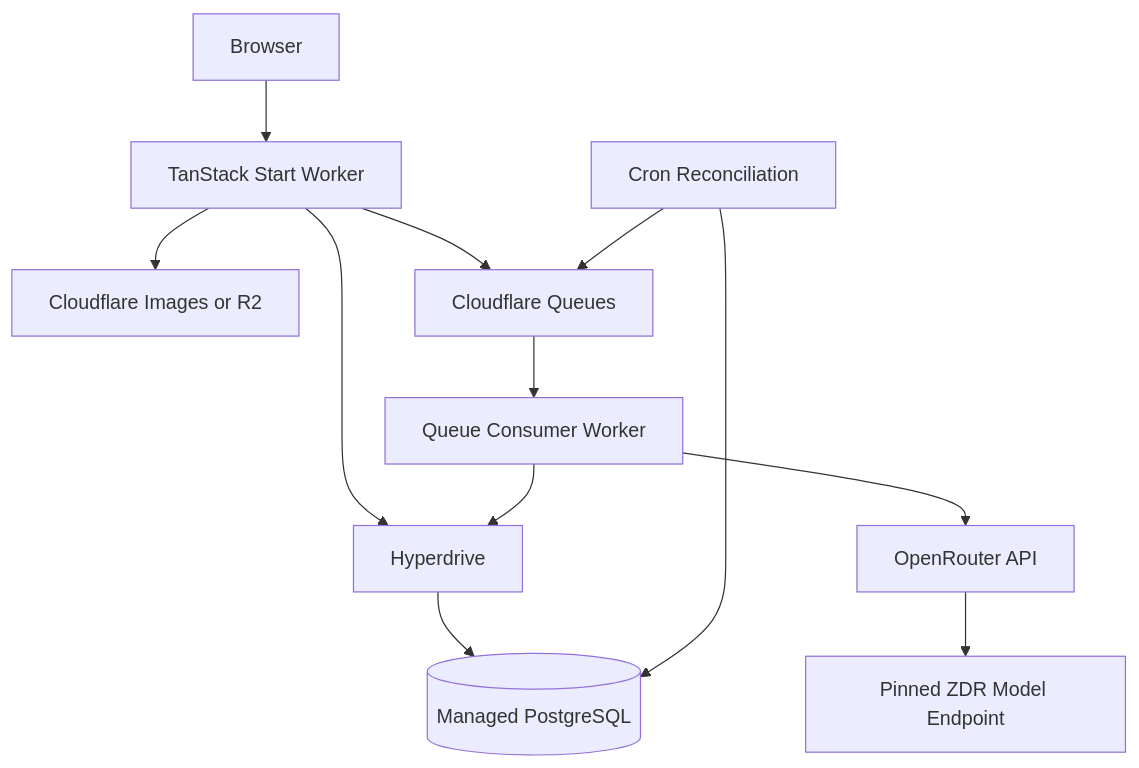
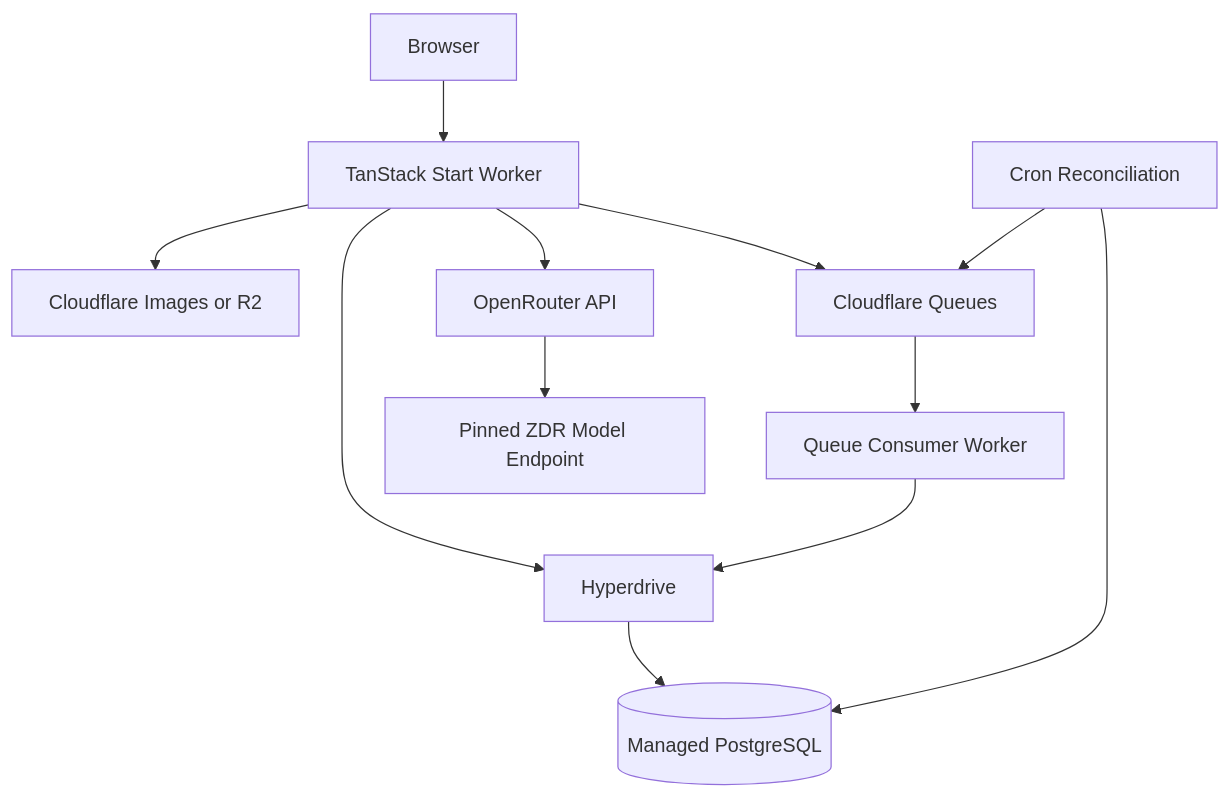
One commit to YudaClairee/SILAPOR changed the fourth of 4 diagrams in EXECUTION-PLAN.md. Above: the diagram before and after it, drawn with Mermaid. The commit also changed other lines of this file and 16 other files, not shown here.

````diff
--- a/EXECUTION-PLAN.md
+++ b/EXECUTION-PLAN.md
@@ -1785,14 +1799,14 @@
 ```mermaid
 flowchart TD
     U[Browser] --> W[TanStack Start Worker]
     W --> H[Hyperdrive]
     H --> P[(Managed PostgreSQL)]
     W --> I[Cloudflare Images or R2]
     W --> Q[Cloudflare Queues]
     Q --> C[Queue Consumer Worker]
-    C --> OR[OpenRouter API]
+    C --> H
+    W --> OR[OpenRouter API]
     OR --> M[Pinned ZDR Model Endpoint]
-    C --> H
     S[Cron Reconciliation] --> P
     S --> Q
 ```
````
